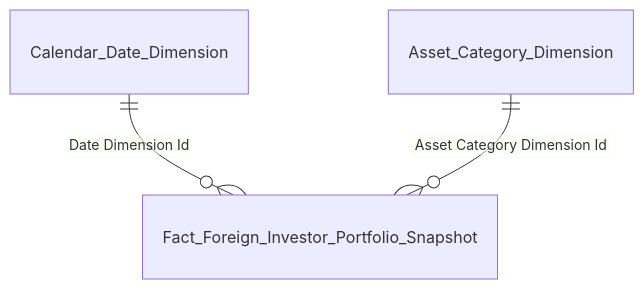
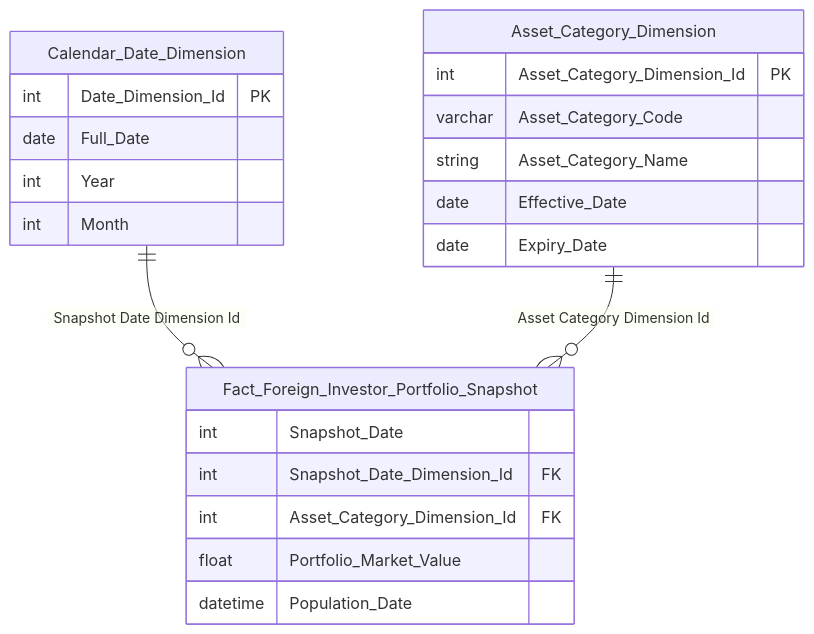
One commit to linhlvit/ubck_atomic_design changed diagram 16 of 28 in Gold/hld/GOLD_NDTNN_HLD.md. Above: the diagram before and after it, drawn with Mermaid. The commit also changed other lines of this file and 12 other files, not shown here.

````diff
--- a/Gold/hld/GOLD_NDTNN_HLD.md
+++ b/Gold/hld/GOLD_NDTNN_HLD.md
@@ -449,5 +821,26 @@
 ```mermaid
 erDiagram
-    Calendar_Date_Dimension ||--o{ Fact_Foreign_Investor_Portfolio_Snapshot : "Date Dimension Id"
+    Calendar_Date_Dimension {
+        int Date_Dimension_Id PK
+        date Full_Date
+        int Year
+        int Month
+    }
+    Asset_Category_Dimension {
+        int Asset_Category_Dimension_Id PK
+        varchar Asset_Category_Code
+        string Asset_Category_Name
+        date Effective_Date
+        date Expiry_Date
+    }
+    Fact_Foreign_Investor_Portfolio_Snapshot {
+        int Snapshot_Date
+        int Snapshot_Date_Dimension_Id FK
+        int Asset_Category_Dimension_Id FK
+        float Portfolio_Market_Value
+        datetime Population_Date
+    }
+
+    Calendar_Date_Dimension ||--o{ Fact_Foreign_Investor_Portfolio_Snapshot : "Snapshot Date Dimension Id"
     Asset_Category_Dimension ||--o{ Fact_Foreign_Investor_Portfolio_Snapshot : "Asset Category Dimension Id"
 ```
````
